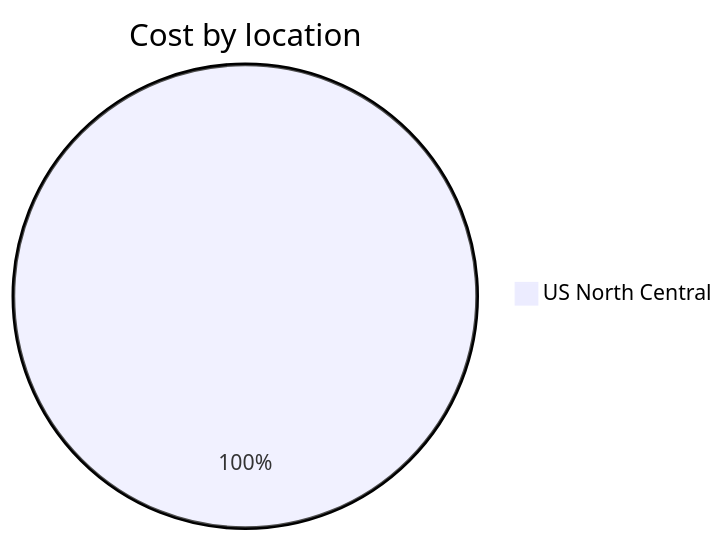
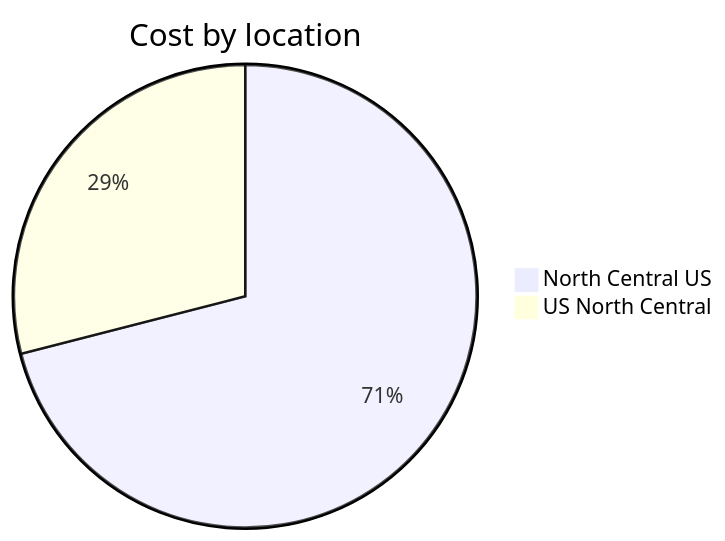
Before and after one commit to jpfulton/azure-personal-reports: the third of 4 diagrams in cost-reports/personal-network/vpn-server.md, drawn with Mermaid. The commit also changed other lines of this file and 7 other files, not shown here.

````diff
--- a/cost-reports/personal-network/vpn-server.md
+++ b/cost-reports/personal-network/vpn-server.md
@@ -109,5 +110,6 @@
 ```mermaid
 pie
    title Cost by location
-   "US North Central" : 8.93
+   "North Central US" : 6.83
+   "US North Central" : 2.79
 ```
````
